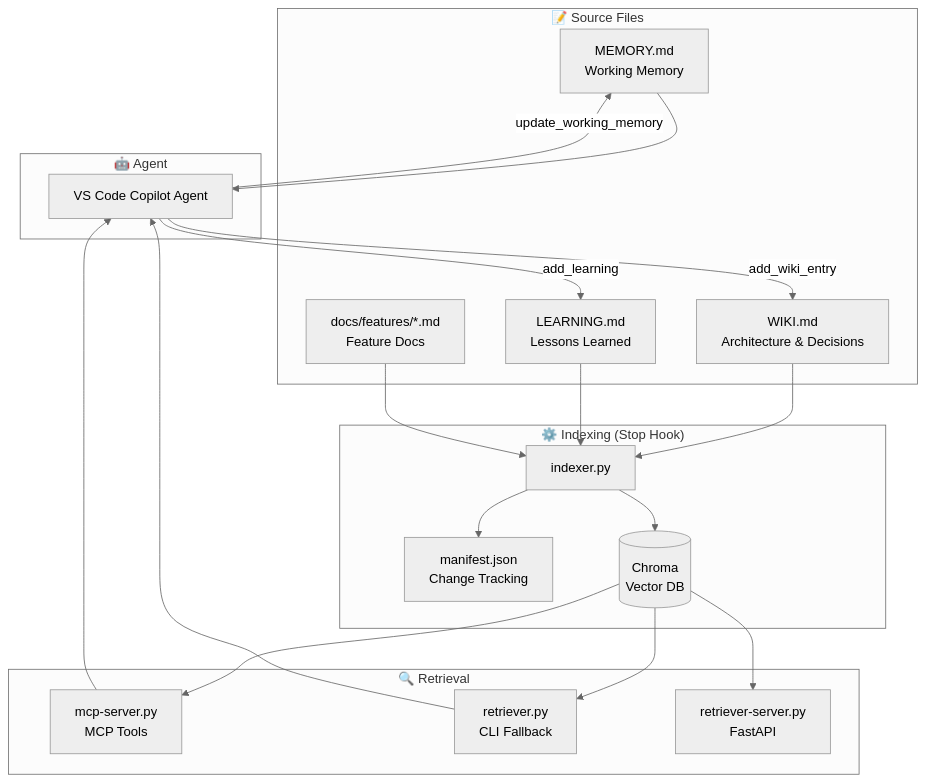
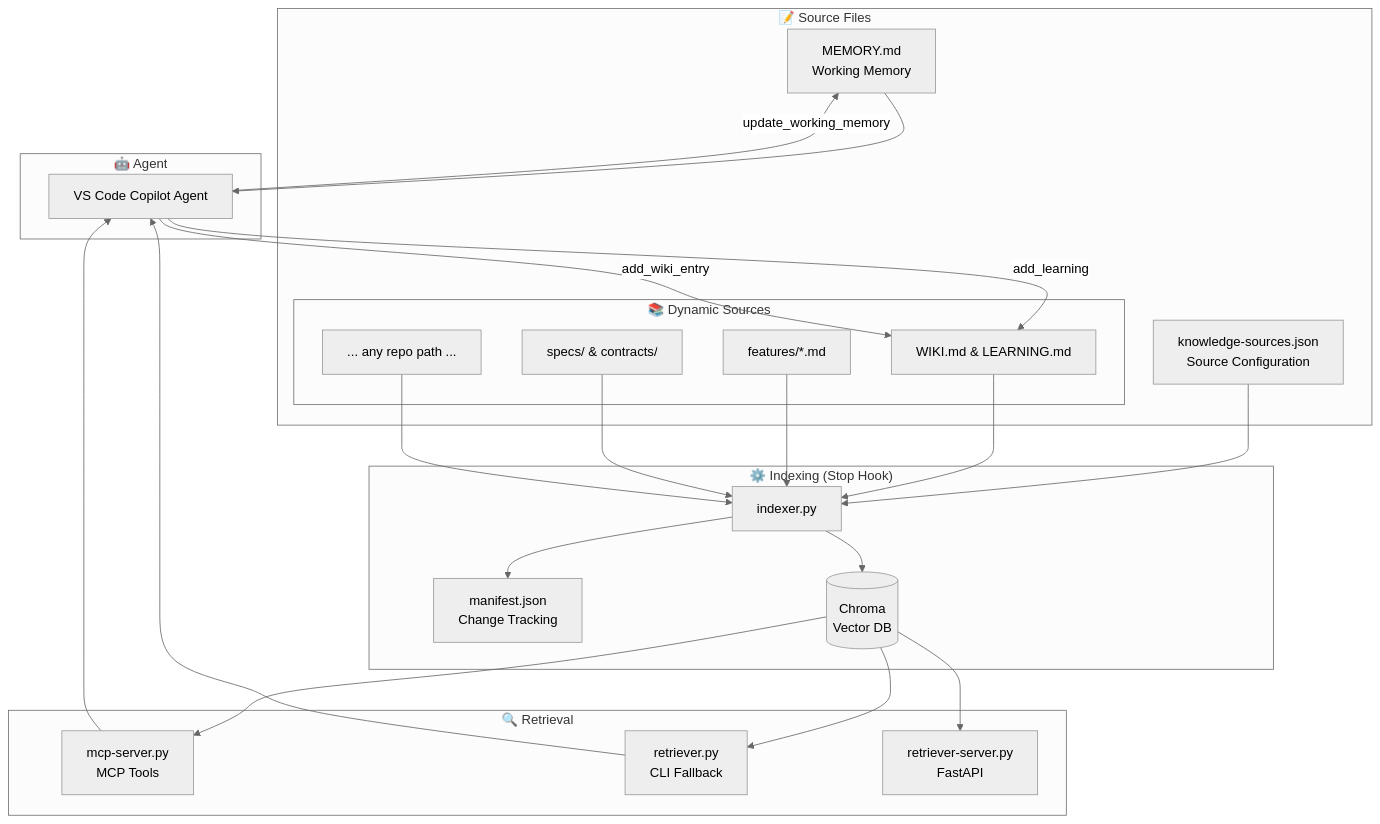
The diagram in .github/skills/project-memory-vector-db/README.md (ngkaizheng/react-doc-test), drawn with Mermaid (neutral theme) before and after one commit. The commit also changed other lines of this file and 5 other files, not shown here.

First line of the commit message:
feat(project-memory): dynamic knowledge sources via knowledge-sources.json

````diff
--- a/.github/skills/project-memory-vector-db/README.md
+++ b/.github/skills/project-memory-vector-db/README.md
@@ -9,40 +9,46 @@
 ```mermaid
 graph TD
     subgraph "📝 Source Files"
         MEM[MEMORY.md<br/>Working Memory]
-        WIKI[WIKI.md<br/>Architecture & Decisions]
-        LEARN[LEARNING.md<br/>Lessons Learned]
-        FEAT[docs/features/*.md<br/>Feature Docs]
+        CFG[knowledge-sources.json<br/>Source Configuration]
+        subgraph "📚 Dynamic Sources"
+            WIKI[WIKI.md & LEARNING.md]
+            FEAT[features/*.md]
+            SPEC[specs/ & contracts/]
+            OTHER[... any repo path ...]
+        end
     end
 
     subgraph "⚙️ Indexing (Stop Hook)"
         IDX[indexer.py]
         MAN[manifest.json<br/>Change Tracking]
         CHROMA[(Chroma<br/>Vector DB)]
     end
 
     subgraph "🔍 Retrieval"
         MCP[mcp-server.py<br/>MCP Tools]
         CLI[retriever.py<br/>CLI Fallback]
         FAST[retriever-server.py<br/>FastAPI]
     end
 
     subgraph "🤖 Agent"
         AGENT[VS Code Copilot Agent]
     end
 
     MEM --> AGENT
+    CFG --> IDX
     WIKI --> IDX
-    LEARN --> IDX
     FEAT --> IDX
+    SPEC --> IDX
+    OTHER --> IDX
     IDX --> MAN
     IDX --> CHROMA
     CHROMA --> MCP
     CHROMA --> CLI
     CHROMA --> FAST
     MCP --> AGENT
     CLI --> AGENT
-    AGENT -->|add_learning| LEARN
+    AGENT -->|add_learning| WIKI
     AGENT -->|add_wiki_entry| WIKI
     AGENT -->|update_working_memory| MEM
 ```
````
